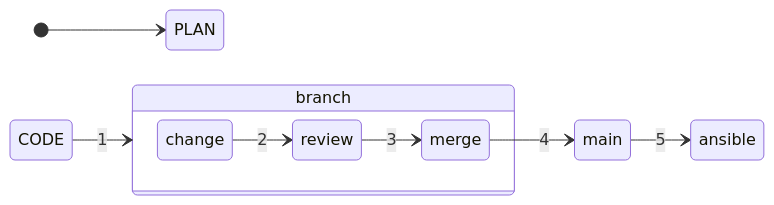
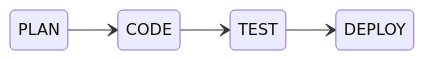
One commit to sdncoder/diagrams changed the fourth of 5 diagrams in README.md. Above: the diagram before and after it, drawn with Mermaid.

````diff
--- a/README.md
+++ b/README.md
@@ -72,13 +72,7 @@
   ```mermaid
    stateDiagram
    direction LR
-    [*] --> PLAN
-    CODE --> branch : 1
-    state branch {
-    direction LR
-    change --> review : 2
-    review --> merge : 3
-    }
-    merge --> main : 4
-    main --> ansible : 5
+    PLAN-->CODE
+    CODE-->TEST
+    TEST-->DEPLOY
  ```
````
